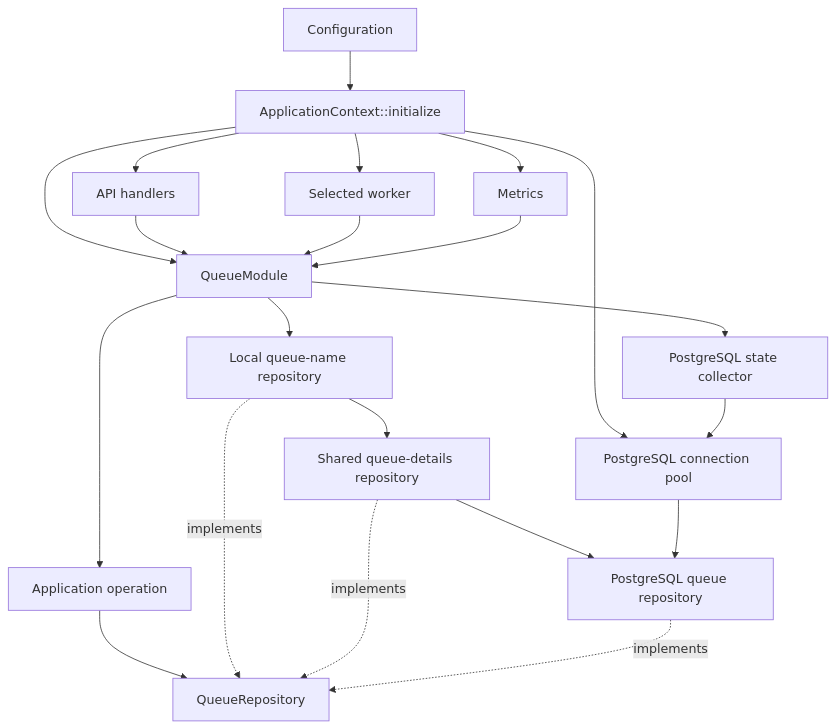
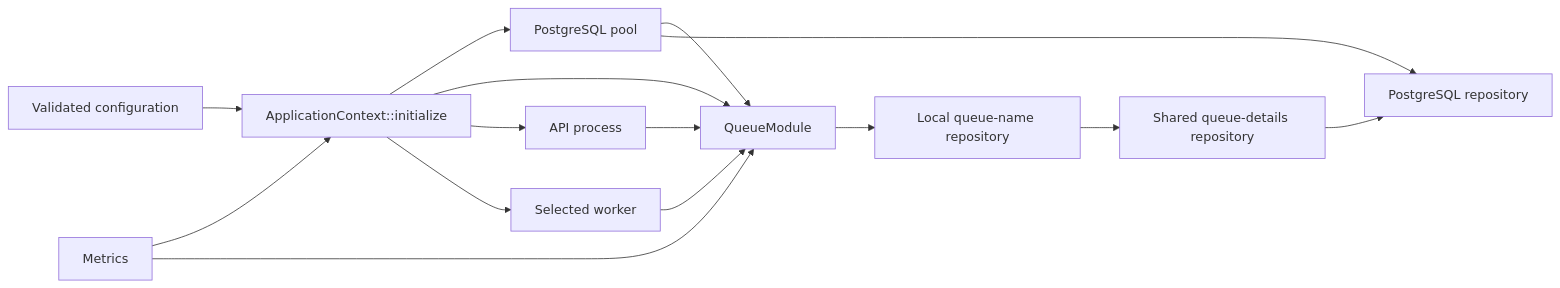
Before and after one commit to karanbalani/retsu: the second of 2 diagrams in docs/codebase-guide.md, drawn with Mermaid. The commit also changed other lines of this file and 2 other files, not shown here.

Commit message:
docs: refresh architecture guides

````diff
--- a/docs/codebase-guide.md
+++ b/docs/codebase-guide.md
@@ -33,23 +54,17 @@
 ```mermaid
-flowchart TD
-    Config["Configuration"] --> Context["ApplicationContext::initialize"]
-    Context --> Pool["PostgreSQL connection pool"]
-    Context --> Metrics["Metrics"]
+flowchart LR
+    Config["Validated configuration"] --> Context["ApplicationContext::initialize"]
+    Metrics["Metrics"] --> Context
+    Context --> Pool["PostgreSQL pool"]
     Context --> Queue["QueueModule"]
-    Context --> API["API handlers"]
+    Pool --> Queue
+    Metrics --> Queue
+    Queue --> Local["Local queue-name repository"]
+    Local --> Shared["Shared queue-details repository"]
+    Shared --> Postgres["PostgreSQL repository"]
+    Pool --> Postgres
+    Context --> API["API process"]
     Context --> Worker["Selected worker"]
     API --> Queue
     Worker --> Queue
-    Queue --> Operation["Application operation"]
-    Queue --> L1["Local queue-name repository"]
-    L1 --> L2["Shared queue-details repository"]
-    L2 --> Postgres["PostgreSQL queue repository"]
-    Pool --> Postgres
-    Metrics --> Queue
-    Queue --> StateCollector["PostgreSQL state collector"]
-    StateCollector --> Pool
-    Operation --> Contract["QueueRepository"]
-    L1 -. "implements" .-> Contract
-    L2 -. "implements" .-> Contract
-    Postgres -. "implements" .-> Contract
 ```
````
